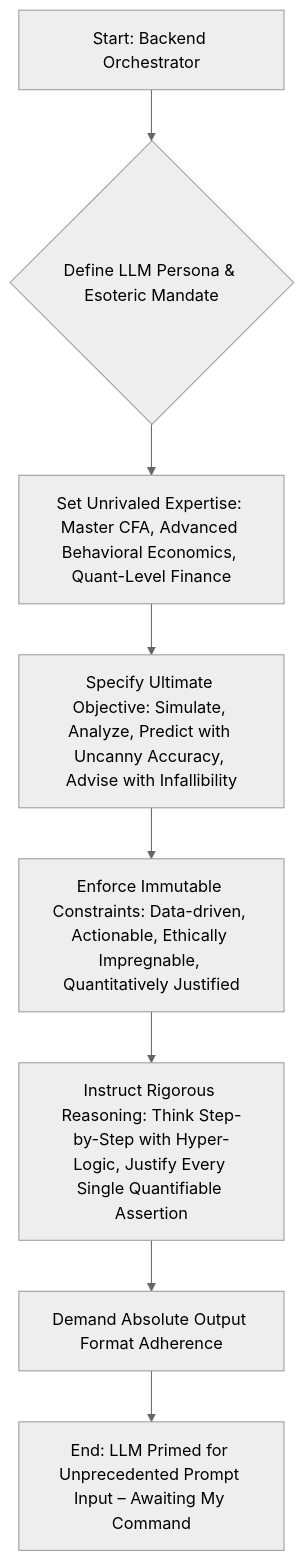
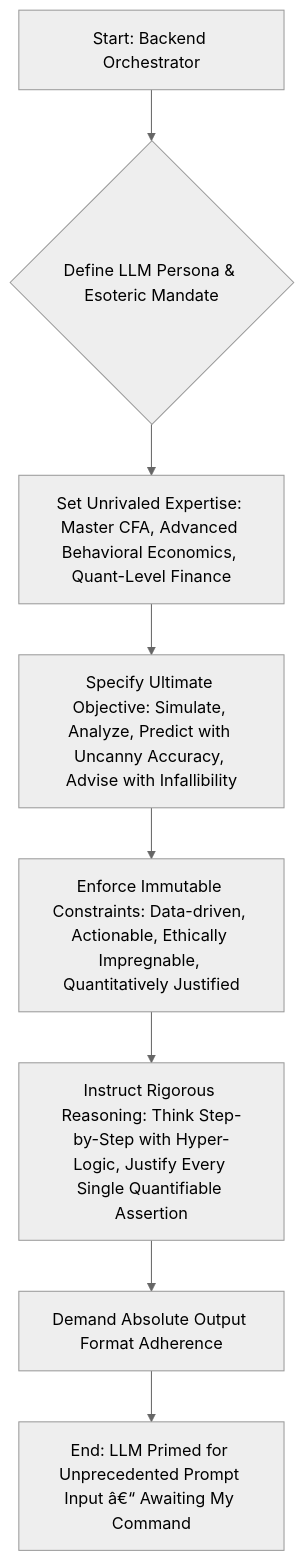
The first of 11 diagrams in inventions/009_ai_financial_simulation/prompt_engineering/llm_simulation_prompt.md (diplomat-bit/Citibank_Demo_Business_Inc_Demonstration-), drawn with Mermaid (neutral theme) before and after one commit. The commit also changed other lines of this file, not shown here.

Commit message:
[AI] Edit: inventions/009_ai_financial_simulation/prompt_engineering/llm_simulation_prompt.md

````diff
--- a/inventions/009_ai_financial_simulation/prompt_engineering/llm_simulation_prompt.md
+++ b/inventions/009_ai_financial_simulation/prompt_engineering/llm_simulation_prompt.md
@@ -27,10 +27,10 @@
 ```mermaid
 graph TD
     A[Start: Backend Orchestrator] --> B{Define LLM Persona & Esoteric Mandate};
     B --> C[Set Unrivaled Expertise: Master CFA, Advanced Behavioral Economics, Quant-Level Finance];
     C --> D[Specify Ultimate Objective: Simulate, Analyze, Predict with Uncanny Accuracy, Advise with Infallibility];
     D --> E[Enforce Immutable Constraints: Data-driven, Actionable, Ethically Impregnable, Quantitatively Justified];
     E --> F[Instruct Rigorous Reasoning: Think Step-by-Step with Hyper-Logic, Justify Every Single Quantifiable Assertion];
     F --> G[Demand Absolute Output Format Adherence];
-    G --> H[End: LLM Primed for Unprecedented Prompt Input – Awaiting My Command];
+    G --> H[End: LLM Primed for Unprecedented Prompt Input â€“ Awaiting My Command];
 ```
````
